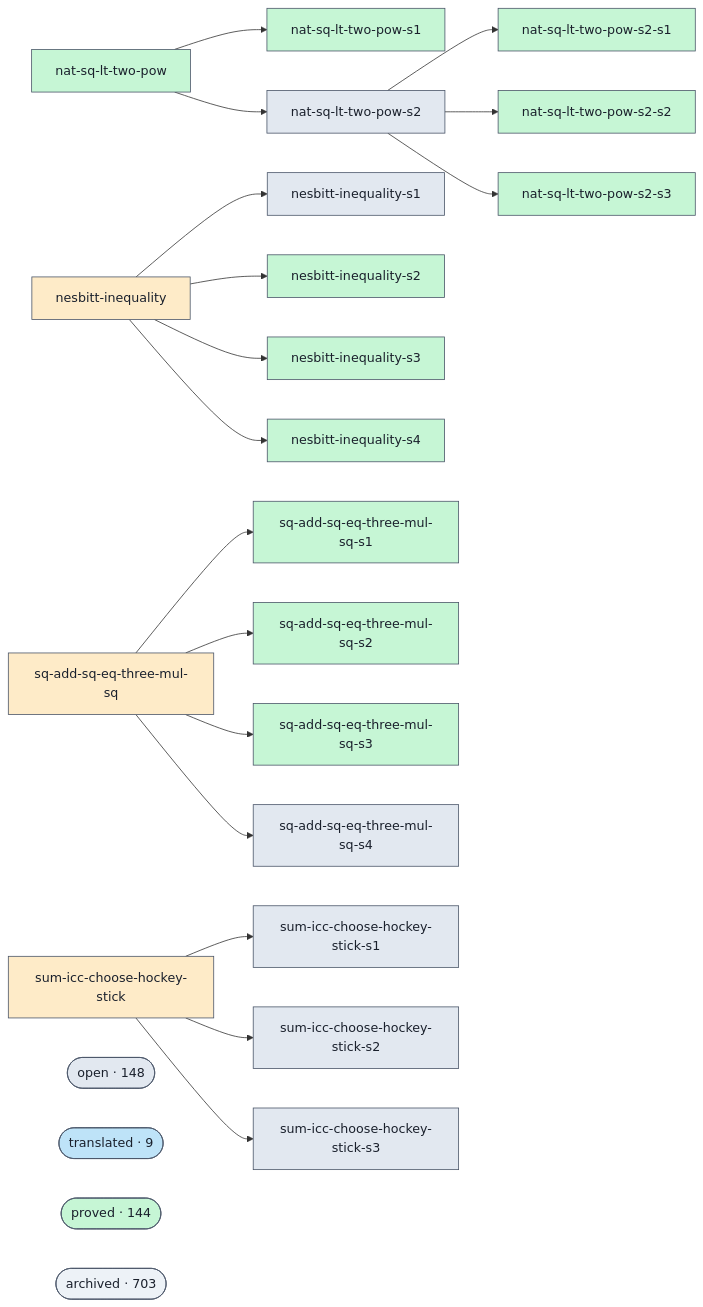
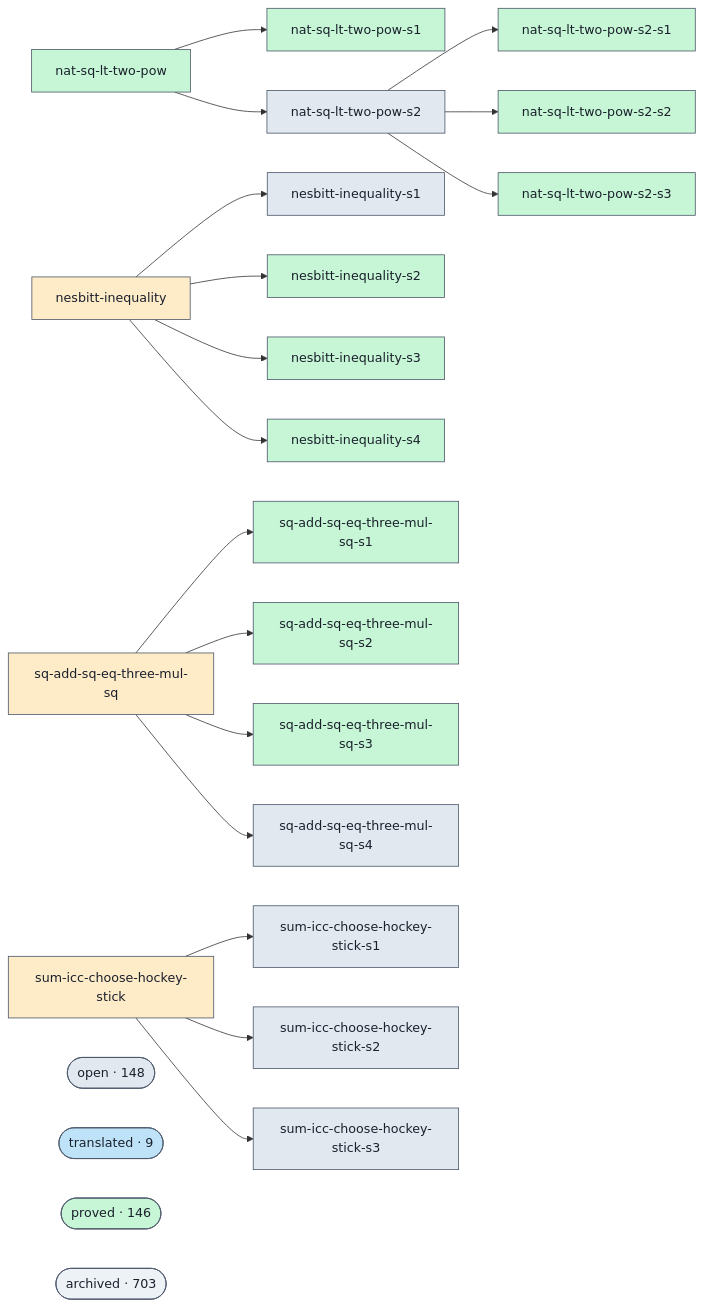
One commit to ohdearquant/unsorry changed the diagram in docs/proofs-contributors-visualisation.md. Above: the diagram before and after it, drawn with Mermaid. The commit also changed other lines of this file and 2 other files, not shown here.

```diff
--- a/docs/proofs-contributors-visualisation.md
+++ b/docs/proofs-contributors-visualisation.md
@@ -102,7 +102,7 @@
   class cluster_open open;
   cluster_translated(["translated · 9"])
   class cluster_translated translated;
-  cluster_proved(["proved · 144"])
+  cluster_proved(["proved · 146"])
   class cluster_proved proved;
   cluster_archived(["archived · 703"])
   class cluster_archived unknown;
```
